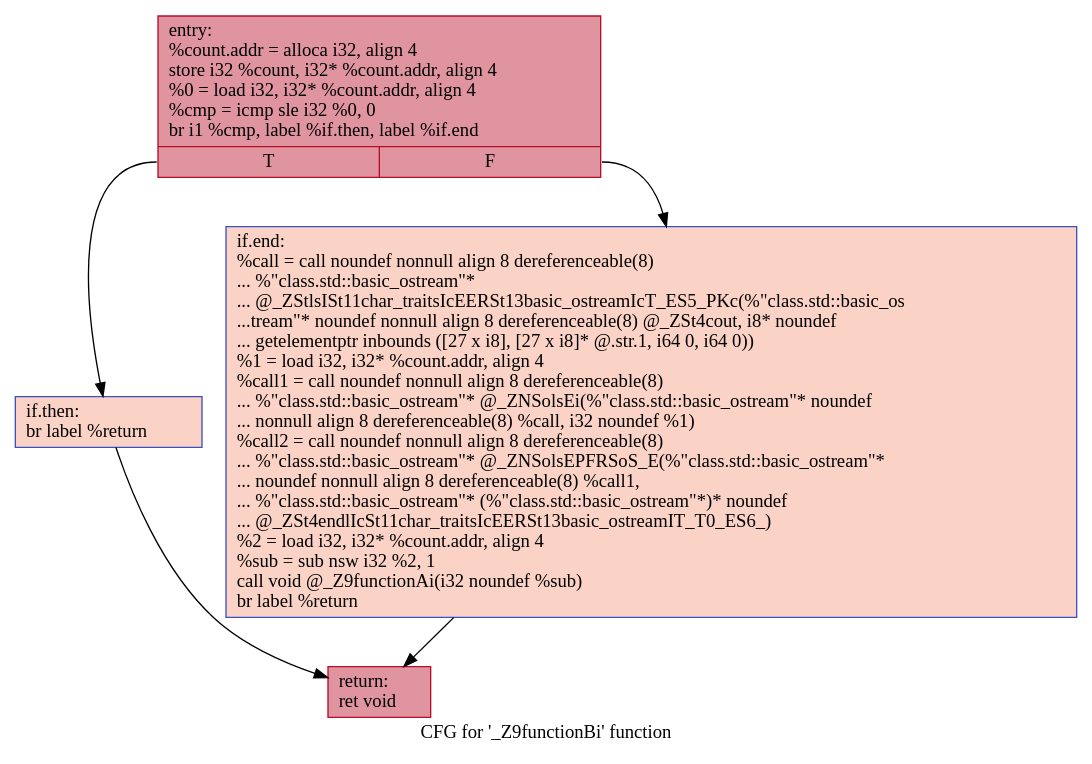
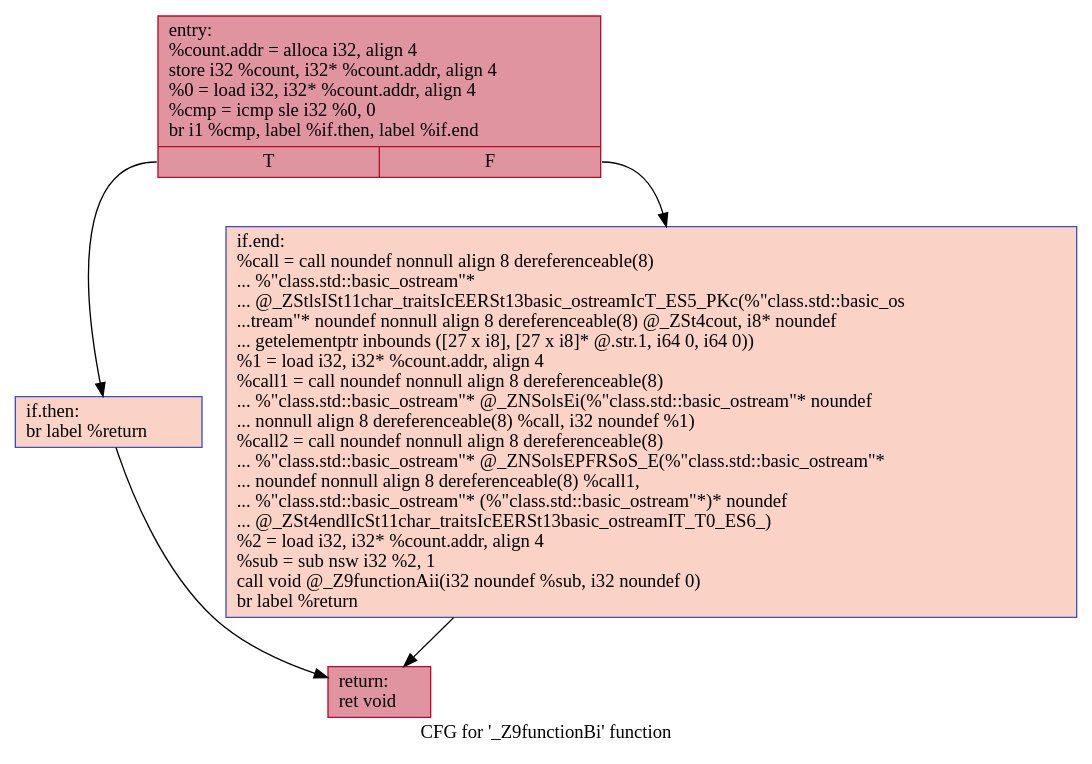
Before and after one commit to Crepuscule-v/fuzz-introspector: the diagram in dynamic_vis/example_1/work/._Z9functionBi.dot, drawn with Graphviz. The commit also changed 24 other files, not shown here.

```diff
--- a/dynamic_vis/example_1/work/._Z9functionBi.dot
+++ b/dynamic_vis/example_1/work/._Z9functionBi.dot
@@ -1,12 +1,12 @@
 digraph "CFG for '_Z9functionBi' function" {
 	label="CFG for '_Z9functionBi' function";
 
-	Node0x55e47cf66140 [shape=record,color="#b70d28ff", style=filled, fillcolor="#b70d2870",label="{entry:\l  %count.addr = alloca i32, align 4\l  store i32 %count, i32* %count.addr, align 4\l  %0 = load i32, i32* %count.addr, align 4\l  %cmp = icmp sle i32 %0, 0\l  br i1 %cmp, label %if.then, label %if.end\l|{<s0>T|<s1>F}}"];
-	Node0x55e47cf66140:s0 -> Node0x55e47cf664a0;
-	Node0x55e47cf66140:s1 -> Node0x55e47cf66510;
-	Node0x55e47cf664a0 [shape=record,color="#3d50c3ff", style=filled, fillcolor="#f59c7d70",label="{if.then:                                          \l  br label %return\l}"];
-	Node0x55e47cf664a0 -> Node0x55e47cf66630;
-	Node0x55e47cf66510 [shape=record,color="#3d50c3ff", style=filled, fillcolor="#f59c7d70",label="{if.end:                                           \l  %call = call noundef nonnull align 8 dereferenceable(8)\l... %\"class.std::basic_ostream\"*\l... @_ZStlsISt11char_traitsIcEERSt13basic_ostreamIcT_ES5_PKc(%\"class.std::basic_os\l...tream\"* noundef nonnull align 8 dereferenceable(8) @_ZSt4cout, i8* noundef\l... getelementptr inbounds ([27 x i8], [27 x i8]* @.str.1, i64 0, i64 0))\l  %1 = load i32, i32* %count.addr, align 4\l  %call1 = call noundef nonnull align 8 dereferenceable(8)\l... %\"class.std::basic_ostream\"* @_ZNSolsEi(%\"class.std::basic_ostream\"* noundef\l... nonnull align 8 dereferenceable(8) %call, i32 noundef %1)\l  %call2 = call noundef nonnull align 8 dereferenceable(8)\l... %\"class.std::basic_ostream\"* @_ZNSolsEPFRSoS_E(%\"class.std::basic_ostream\"*\l... noundef nonnull align 8 dereferenceable(8) %call1,\l... %\"class.std::basic_ostream\"* (%\"class.std::basic_ostream\"*)* noundef\l... @_ZSt4endlIcSt11char_traitsIcEERSt13basic_ostreamIT_T0_ES6_)\l  %2 = load i32, i32* %count.addr, align 4\l  %sub = sub nsw i32 %2, 1\l  call void @_Z9functionAi(i32 noundef %sub)\l  br label %return\l}"];
-	Node0x55e47cf66510 -> Node0x55e47cf66630;
-	Node0x55e47cf66630 [shape=record,color="#b70d28ff", style=filled, fillcolor="#b70d2870",label="{return:                                           \l  ret void\l}"];
+	Node0x5628531874c0 [shape=record,color="#b70d28ff", style=filled, fillcolor="#b70d2870",label="{entry:\l  %count.addr = alloca i32, align 4\l  store i32 %count, i32* %count.addr, align 4\l  %0 = load i32, i32* %count.addr, align 4\l  %cmp = icmp sle i32 %0, 0\l  br i1 %cmp, label %if.then, label %if.end\l|{<s0>T|<s1>F}}"];
+	Node0x5628531874c0:s0 -> Node0x562853187820;
+	Node0x5628531874c0:s1 -> Node0x562853187890;
+	Node0x562853187820 [shape=record,color="#3d50c3ff", style=filled, fillcolor="#f59c7d70",label="{if.then:                                          \l  br label %return\l}"];
+	Node0x562853187820 -> Node0x5628531879b0;
+	Node0x562853187890 [shape=record,color="#3d50c3ff", style=filled, fillcolor="#f59c7d70",label="{if.end:                                           \l  %call = call noundef nonnull align 8 dereferenceable(8)\l... %\"class.std::basic_ostream\"*\l... @_ZStlsISt11char_traitsIcEERSt13basic_ostreamIcT_ES5_PKc(%\"class.std::basic_os\l...tream\"* noundef nonnull align 8 dereferenceable(8) @_ZSt4cout, i8* noundef\l... getelementptr inbounds ([27 x i8], [27 x i8]* @.str.1, i64 0, i64 0))\l  %1 = load i32, i32* %count.addr, align 4\l  %call1 = call noundef nonnull align 8 dereferenceable(8)\l... %\"class.std::basic_ostream\"* @_ZNSolsEi(%\"class.std::basic_ostream\"* noundef\l... nonnull align 8 dereferenceable(8) %call, i32 noundef %1)\l  %call2 = call noundef nonnull align 8 dereferenceable(8)\l... %\"class.std::basic_ostream\"* @_ZNSolsEPFRSoS_E(%\"class.std::basic_ostream\"*\l... noundef nonnull align 8 dereferenceable(8) %call1,\l... %\"class.std::basic_ostream\"* (%\"class.std::basic_ostream\"*)* noundef\l... @_ZSt4endlIcSt11char_traitsIcEERSt13basic_ostreamIT_T0_ES6_)\l  %2 = load i32, i32* %count.addr, align 4\l  %sub = sub nsw i32 %2, 1\l  call void @_Z9functionAii(i32 noundef %sub, i32 noundef 0)\l  br label %return\l}"];
+	Node0x562853187890 -> Node0x5628531879b0;
+	Node0x5628531879b0 [shape=record,color="#b70d28ff", style=filled, fillcolor="#b70d2870",label="{return:                                           \l  ret void\l}"];
 }
```
